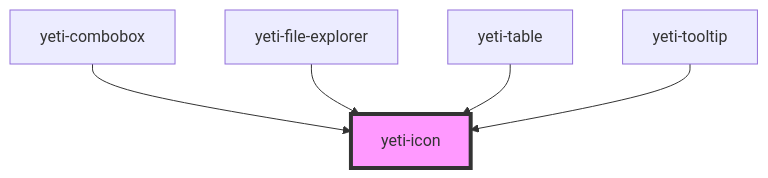
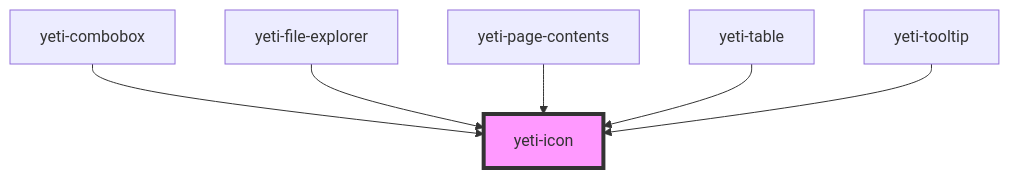
The diagram in src/components/yeti-icon/readme.md (msoltvedt/yeti), drawn with Mermaid before and after one commit. The commit also changed other lines of this file and 548 other files, not shown here.

````diff
--- a/src/components/yeti-icon/readme.md
+++ b/src/components/yeti-icon/readme.md
@@ -30,8 +31,9 @@
 ```mermaid
 graph TD;
   yeti-combobox --> yeti-icon
   yeti-file-explorer --> yeti-icon
+  yeti-page-contents --> yeti-icon
   yeti-table --> yeti-icon
   yeti-tooltip --> yeti-icon
   style yeti-icon fill:#f9f,stroke:#333,stroke-width:4px
 ```
````
